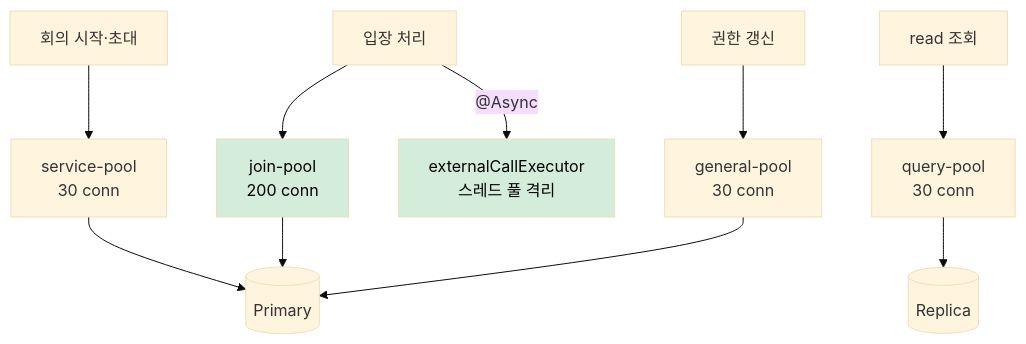
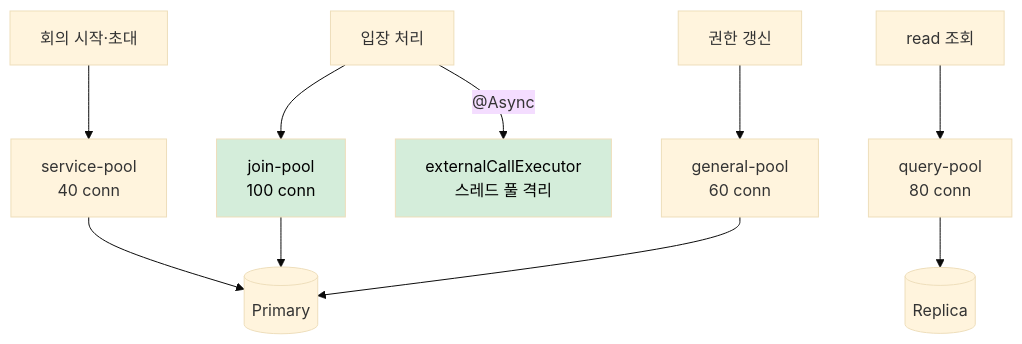
Before and after one commit to sujinnkim/A_Personal: diagram 24 of 30 in report/3/3.2-아키텍처문제분석및설계전략.md, drawn with Mermaid (base theme). The commit also changed other lines of this file and 5 other files, not shown here.

````diff
--- a/report/3/3.2-아키텍처문제분석및설계전략.md
+++ b/report/3/3.2-아키텍처문제분석및설계전략.md
@@ -689,12 +689,12 @@
 ```mermaid
 flowchart TD
-    JOIN["입장 처리"] --> JP["join-pool\n200 conn"]
-    SVC["회의 시작·초대"] --> SP["service-pool\n30 conn"]
-    AUTH["권한 갱신"] --> GP["general-pool\n30 conn"]
-    RD["read 조회"] --> QP["query-pool\n30 conn"]
+    JOIN["입장 처리"] --> JP["join-pool\n100 conn"]
+    SVC["회의 시작·초대"] --> SP["service-pool\n40 conn"]
+    AUTH["권한 갱신"] --> GP["general-pool\n60 conn"]
+    RD["read 조회"] --> QP["query-pool\n80 conn"]
     JOIN -->|"@Async"| EX["externalCallExecutor\n스레드 풀 격리"]
     JP & SP & GP --> PRI[("Primary")]
     QP --> REP[("Replica")]
     style JP fill:#d4edda,color:#000
     style EX fill:#d4edda,color:#000
 ```
````
